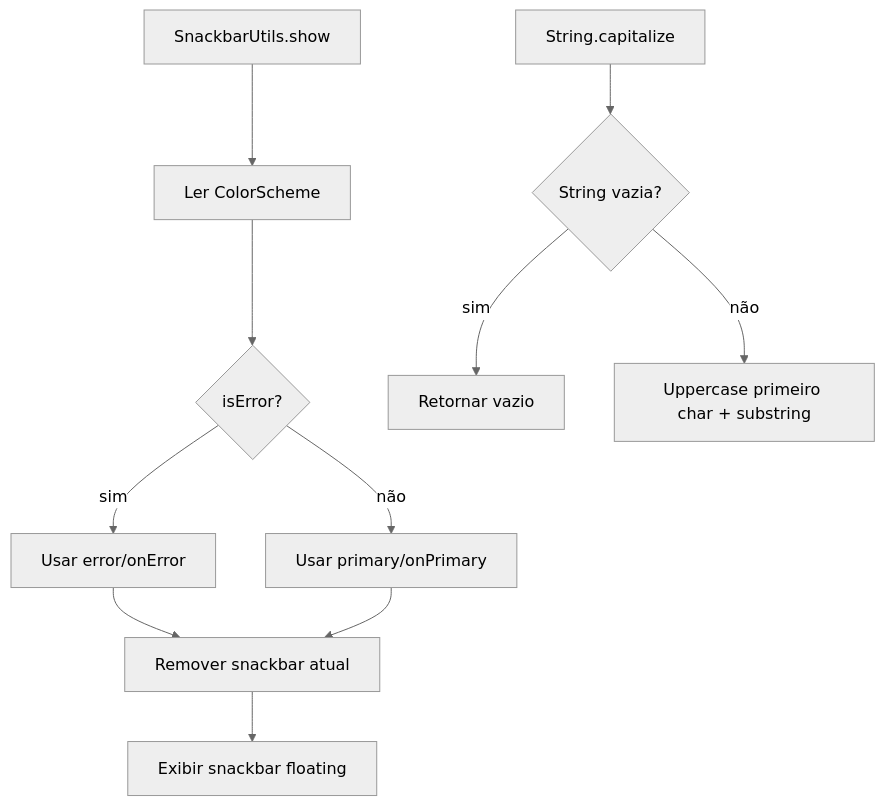
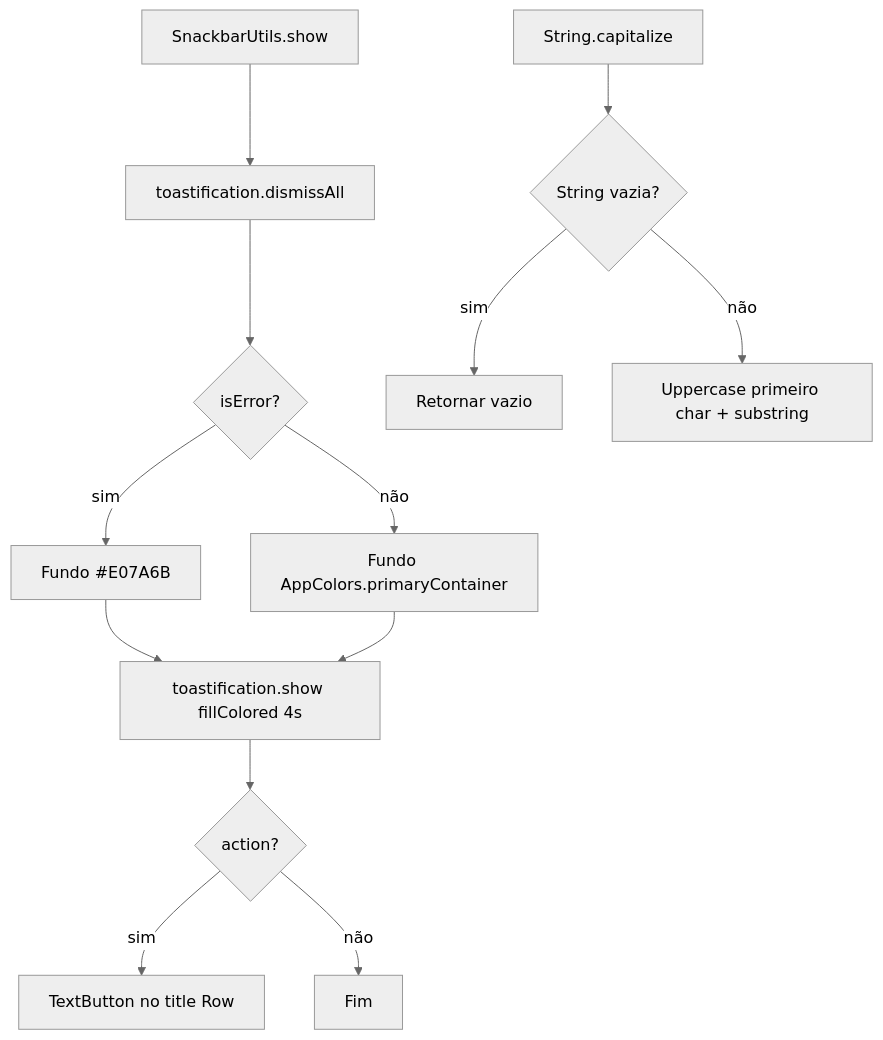
One commit to Rdinda/FMA_Pontos changed the diagram in _reversa_sdd/flowcharts/utils.md. Above: the diagram before and after it, drawn with Mermaid (neutral theme). The commit also changed other lines of this file and 43 other files, not shown here.

````diff
--- a/_reversa_sdd/flowcharts/utils.md
+++ b/_reversa_sdd/flowcharts/utils.md
@@ -3,13 +3,15 @@
 ```mermaid
 flowchart TD
-  A["SnackbarUtils.show"] --> B["Ler ColorScheme"]
+  A["SnackbarUtils.show"] --> B["toastification.dismissAll"]
   B --> C{"isError?"}
-  C -- "sim" --> D["Usar error/onError"]
-  C -- "não" --> E["Usar primary/onPrimary"]
-  D --> F["Remover snackbar atual"]
+  C -- "sim" --> D["Fundo #E07A6B"]
+  C -- "não" --> E["Fundo AppColors.primaryContainer"]
+  D --> F["toastification.show fillColored 4s"]
   E --> F
-  F --> G["Exibir snackbar floating"]
-  H["String.capitalize"] --> I{"String vazia?"}
-  I -- "sim" --> J["Retornar vazio"]
-  I -- "não" --> K["Uppercase primeiro char + substring"]
+  F --> G{"action?"}
+  G -- "sim" --> H["TextButton no title Row"]
+  G -- "não" --> I["Fim"]
+  J["String.capitalize"] --> K{"String vazia?"}
+  K -- "sim" --> L["Retornar vazio"]
+  K -- "não" --> M["Uppercase primeiro char + substring"]
 ```
````
